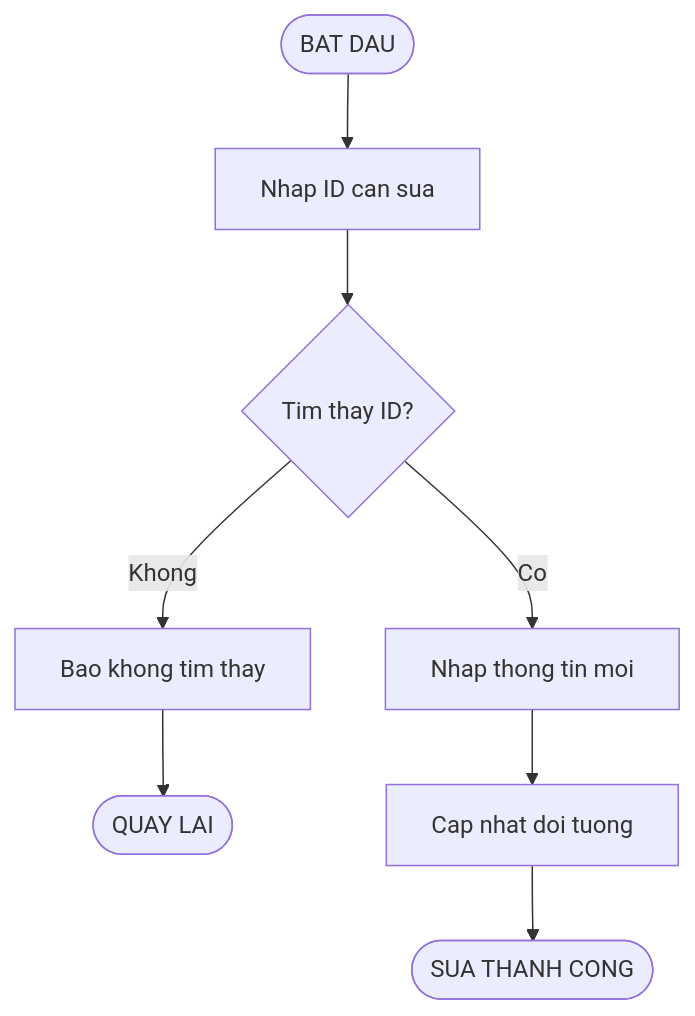
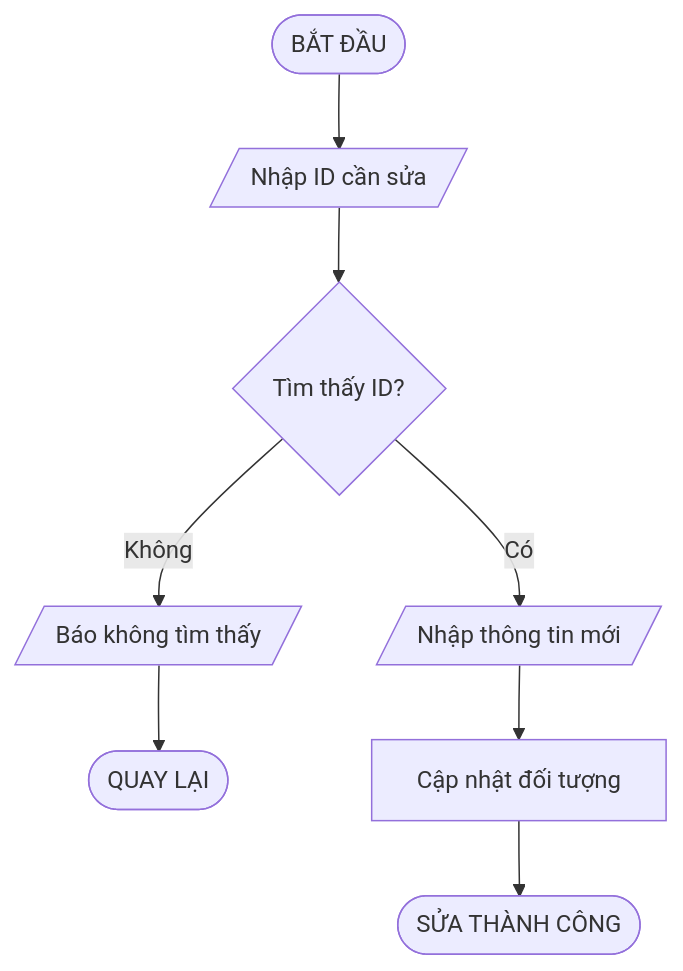
One commit to phucphuc2006/pro-192 changed the fifth of 20 diagrams in docs/Flowcharts/Flowcharts.md. Above: the diagram before and after it, drawn with Mermaid. The commit also changed other lines of this file, not shown here.

Commit message:
Restore original Mermaid flowcharts

````diff
--- a/docs/Flowcharts/Flowcharts.md
+++ b/docs/Flowcharts/Flowcharts.md
@@ -83,10 +97,10 @@
 ```mermaid
 flowchart TD
-    A(["BAT DAU"]) --> B["Nhap ID can sua"]
-    B --> C{"Tim thay ID?"}
-    C -->|Khong| D["Bao khong tim thay"]
-    D --> E(["QUAY LAI"])
-    C -->|Co| F["Nhap thong tin moi"]
-    F --> G["Cap nhat doi tuong"]
-    G --> H(["SUA THANH CONG"])
+    A([BẮT ĐẦU]) --> B[/Nhập ID cần sửa/]
+    B --> C{Tìm thấy ID?}
+    C -->|Không| D[/Báo không tìm thấy/]
+    D --> E([QUAY LẠI])
+    C -->|Có| F[/Nhập thông tin mới/]
+    F --> G[Cập nhật đối tượng]
+    G --> H([SỬA THÀNH CÔNG])
 ```
````
